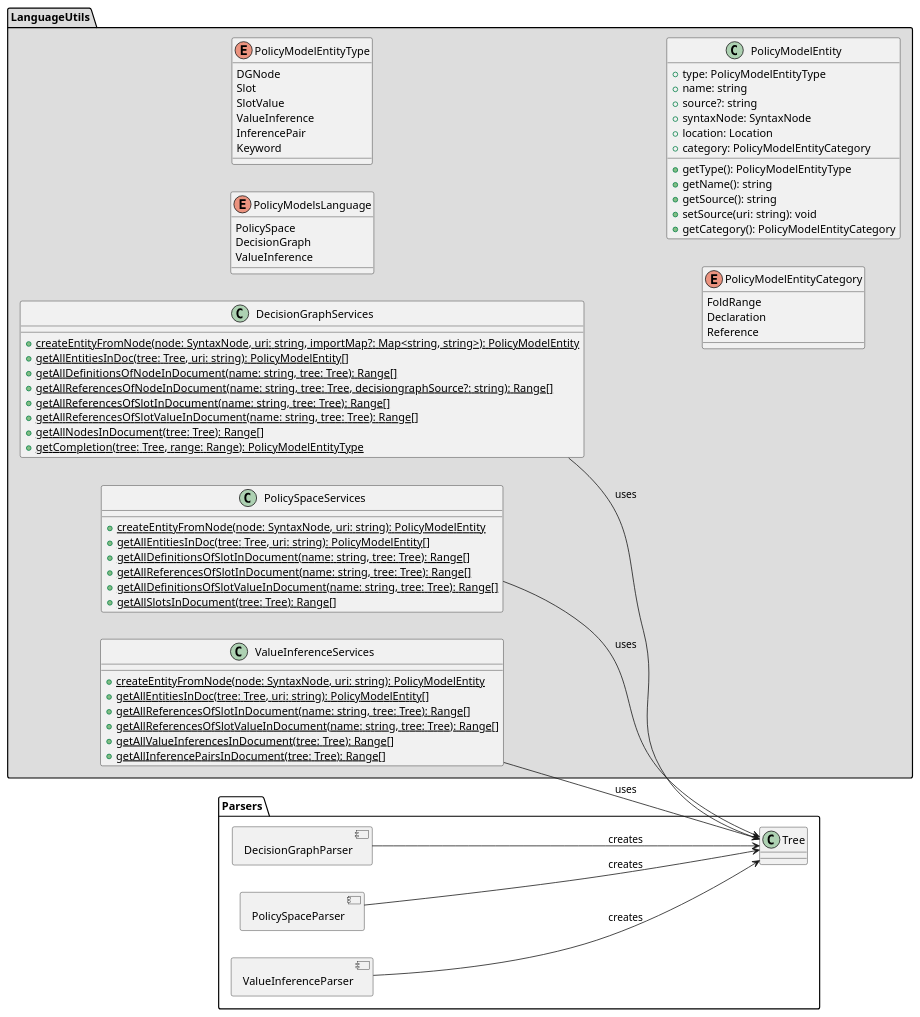
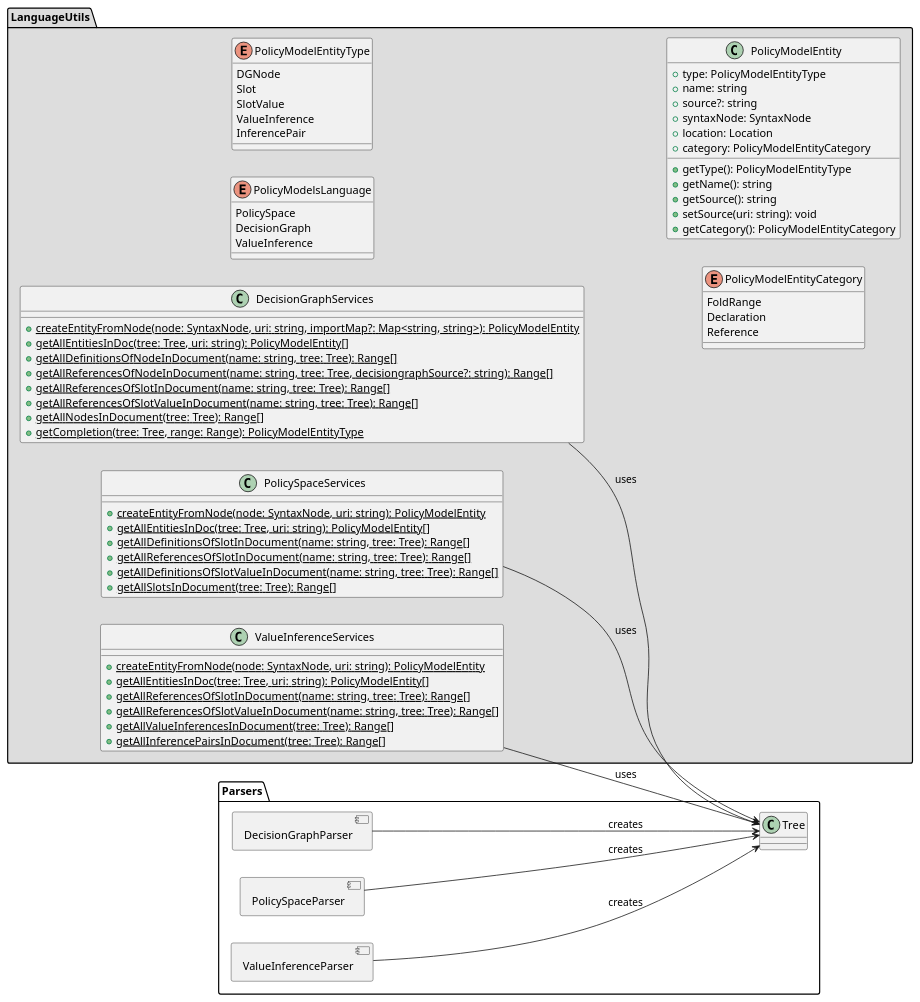
One commit to wolfj123/PolicyModelsPlugin changed the diagram in plugin/diagrams/server/LanguageUtils.puml. Above: the diagram before and after it, drawn with PlantUML.

```diff
--- a/plugin/diagrams/server/LanguageUtils.puml
+++ b/plugin/diagrams/server/LanguageUtils.puml
@@ -1,89 +1,88 @@
 @startuml
 
 'skinparam style strictuml
 'top to bottom direction
 left to right direction
 allowmixing
 
 package LanguageUtils #DDDDDD {
     enum PolicyModelsLanguage {
         PolicySpace
         DecisionGraph
         ValueInference
     }
     enum PolicyModelEntityType {
         DGNode
         Slot
         SlotValue
         ValueInference
         InferencePair
-        Keyword
     }
     enum PolicyModelEntityCategory {
         FoldRange
         Declaration
         Reference
     }
     class PolicyModelEntity {
         +type: PolicyModelEntityType
         +name: string
         +source?: string
         +syntaxNode: SyntaxNode
         +location: Location
         +category: PolicyModelEntityCategory
         +getType(): PolicyModelEntityType
         +getName(): string
         +getSource(): string
         +setSource(uri: string): void
         +getCategory(): PolicyModelEntityCategory
     }
     class DecisionGraphServices {
         +{static} createEntityFromNode(node: SyntaxNode, uri: string, importMap?: Map<string, string>): PolicyModelEntity
         +{static} getAllEntitiesInDoc(tree: Tree, uri: string): PolicyModelEntity[]
         +{static} getAllDefinitionsOfNodeInDocument(name: string, tree: Tree): Range[]
         +{static} getAllReferencesOfNodeInDocument(name: string, tree: Tree, decisiongraphSource?: string): Range[]
         +{static} getAllReferencesOfSlotInDocument(name: string, tree: Tree): Range[]
         +{static} getAllReferencesOfSlotValueInDocument(name: string, tree: Tree): Range[]
         +{static} getAllNodesInDocument(tree: Tree): Range[]
         +{static} getCompletion(tree: Tree, range: Range): PolicyModelEntityType
     }
     class PolicySpaceServices {
         +{static} createEntityFromNode(node: SyntaxNode, uri: string): PolicyModelEntity
         +{static} getAllEntitiesInDoc(tree: Tree, uri: string): PolicyModelEntity[]
         +{static} getAllDefinitionsOfSlotInDocument(name: string, tree: Tree): Range[]
         +{static} getAllReferencesOfSlotInDocument(name: string, tree: Tree): Range[]
         +{static} getAllDefinitionsOfSlotValueInDocument(name: string, tree: Tree): Range[]
         +{static} getAllSlotsInDocument(tree: Tree): Range[]
     }
     class ValueInferenceServices {
         +{static} createEntityFromNode(node: SyntaxNode, uri: string): PolicyModelEntity
         +{static} getAllEntitiesInDoc(tree: Tree, uri: string): PolicyModelEntity[]
         +{static} getAllReferencesOfSlotInDocument(name: string, tree: Tree): Range[]
         +{static} getAllReferencesOfSlotValueInDocument(name: string, tree: Tree): Range[]
         +{static} getAllValueInferencesInDocument(tree: Tree): Range[]
         +{static} getAllInferencePairsInDocument(tree: Tree): Range[]
     }
 }
 
 package Parsers {
     component DecisionGraphParser
     component PolicySpaceParser
     component ValueInferenceParser
     class Tree
 }
 
 ' note "External Libraries" as n_ext
 ' n_ext .right. Parsers
 
 ' DecisionGraphServices -right-> DecisionGraphParser
 ' PolicySpaceServices -right-> PolicySpaceParser
 ' ValueInferenceServices -right-> ValueInferenceParser
 DecisionGraphServices --> Tree : "uses"
 PolicySpaceServices --> Tree : uses
 ValueInferenceServices --> Tree : uses
 DecisionGraphParser --> Tree : "creates"
 PolicySpaceParser --> Tree : "creates"
 ValueInferenceParser --> Tree : "creates"
 
 
 @enduml
```
